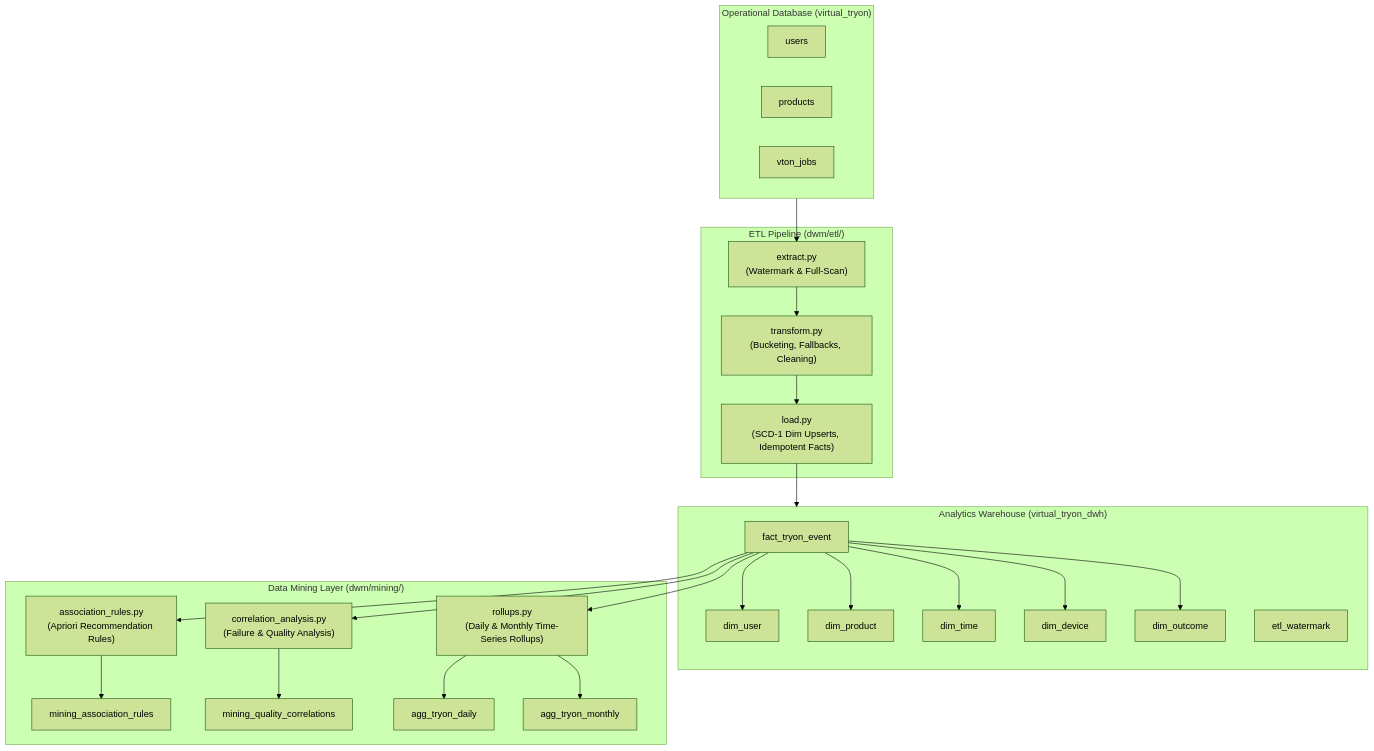
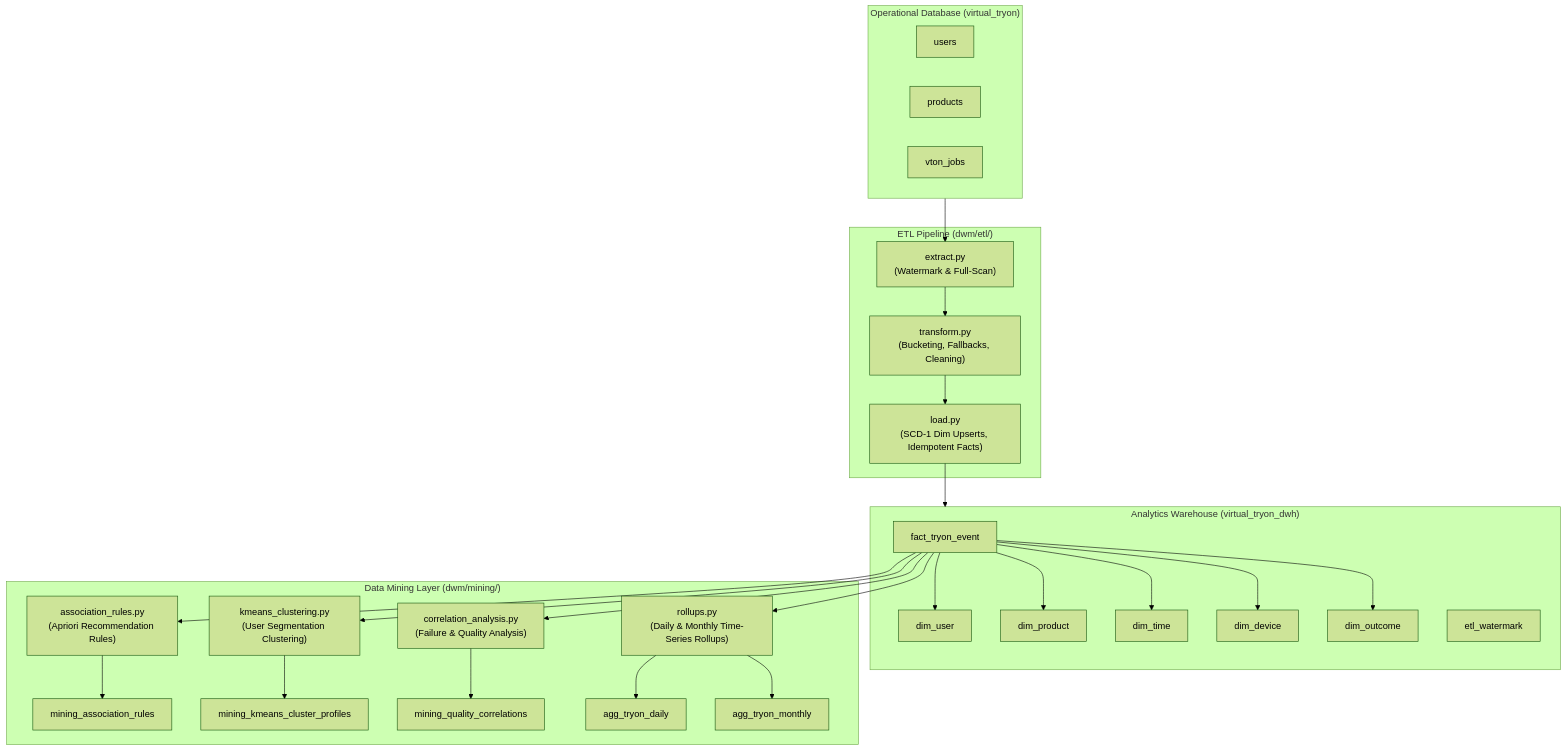
Before and after one commit to ankushhKapoor/AI-Virtual-Try-On: the diagram in dwm/README.md, drawn with Mermaid (forest theme). The commit also changed other lines of this file and 27 other files, not shown here.

````diff
--- a/dwm/README.md
+++ b/dwm/README.md
@@ -11,54 +11,58 @@
 ```mermaid
 graph TD
     subgraph OLTP ["Operational Database (virtual_tryon)"]
         Users["users"]
         Products["products"]
         Jobs["vton_jobs"]
     end
 
     subgraph ETL ["ETL Pipeline (dwm/etl/)"]
         Extract["extract.py\n(Watermark & Full-Scan)"]
         Transform["transform.py\n(Bucketing, Fallbacks, Cleaning)"]
         Load["load.py\n(SCD-1 Dim Upserts, Idempotent Facts)"]
         Extract --> Transform --> Load
     end
 
     subgraph DWH ["Analytics Warehouse (virtual_tryon_dwh)"]
         Fact["fact_tryon_event"]
         DimU["dim_user"]
         DimP["dim_product"]
         DimT["dim_time"]
         DimD["dim_device"]
         DimO["dim_outcome"]
         Watermark["etl_watermark"]
 
         Fact --> DimU
         Fact --> DimP
         Fact --> DimT
         Fact --> DimD
         Fact --> DimO
     end
 
     subgraph Mining ["Data Mining Layer (dwm/mining/)"]
         Apriori["association_rules.py\n(Apriori Recommendation Rules)"]
+        KMeans["kmeans_clustering.py\n(User Segmentation Clustering)"]
         Correlation["correlation_analysis.py\n(Failure & Quality Analysis)"]
         Rollups["rollups.py\n(Daily & Monthly Time-Series Rollups)"]
 
         Fact --> Apriori
+        Fact --> KMeans
         Fact --> Correlation
         Fact --> Rollups
         
         RulesTable["mining_association_rules"]
+        ProfilesTable["mining_kmeans_cluster_profiles"]
         CorrTable["mining_quality_correlations"]
         DailyTable["agg_tryon_daily"]
         MonthlyTable["agg_tryon_monthly"]
 
         Apriori --> RulesTable
+        KMeans --> ProfilesTable
         Correlation --> CorrTable
         Rollups --> DailyTable
         Rollups --> MonthlyTable
     end
 
     OLTP --> Extract
     Load --> DWH
 ```
````
